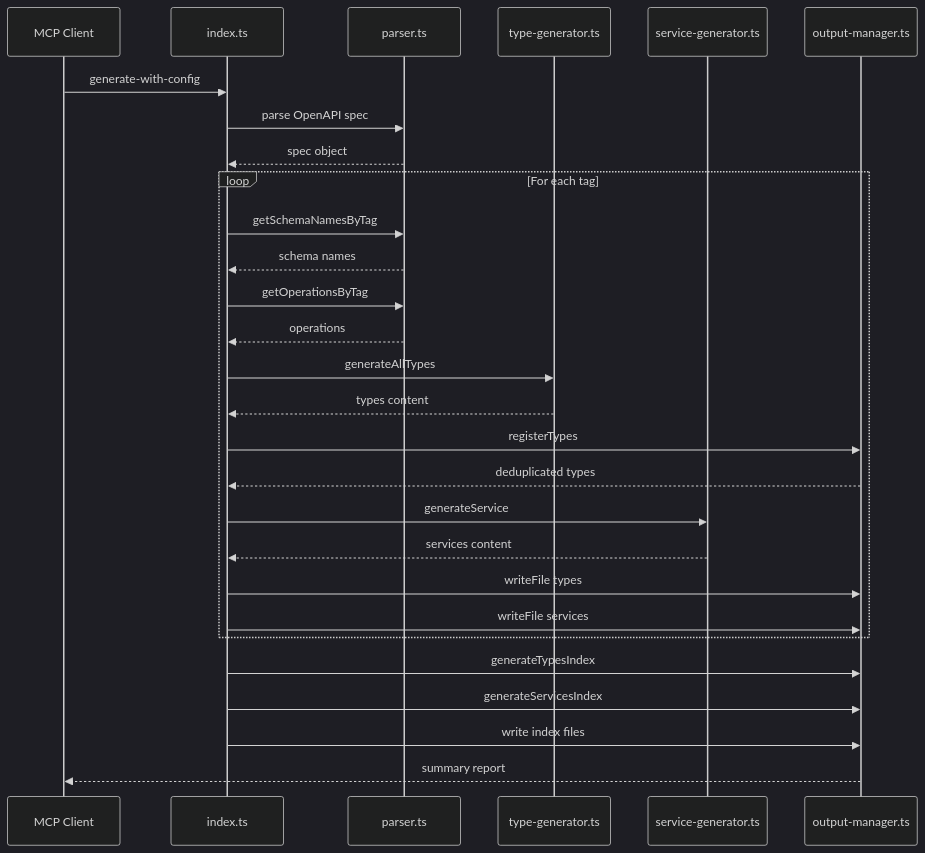
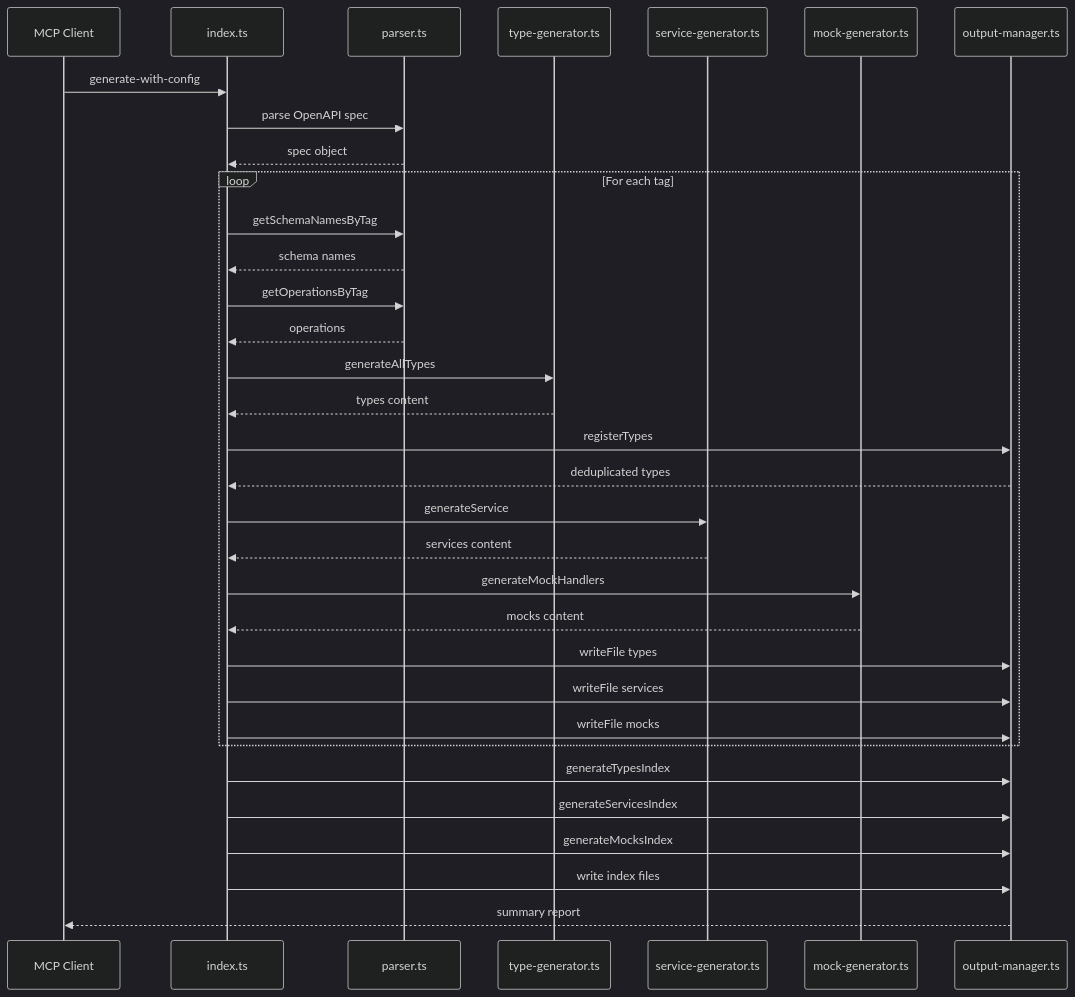
One commit to dianramdhani/openapi-mcp changed the second of 7 diagrams in ARCHITECTURE.md. Above: the diagram before and after it, drawn with Mermaid (dark theme). The commit also changed other lines of this file and 11 other files, not shown here.

````diff
--- a/ARCHITECTURE.md
+++ b/ARCHITECTURE.md
@@ -53,36 +61,42 @@
 ```mermaid
 sequenceDiagram
     participant Client as MCP Client
     participant Index as index.ts
     participant Parser as parser.ts
     participant TypeGen as type-generator.ts
     participant SvcGen as service-generator.ts
+    participant MockGen as mock-generator.ts
     participant Output as output-manager.ts
 
     Client->>Index: generate-with-config
     Index->>Parser: parse OpenAPI spec
     Parser-->>Index: spec object
     
     loop For each tag
         Index->>Parser: getSchemaNamesByTag
         Parser-->>Index: schema names
         Index->>Parser: getOperationsByTag
         Parser-->>Index: operations
         
         Index->>TypeGen: generateAllTypes
         TypeGen-->>Index: types content
         Index->>Output: registerTypes
         Output-->>Index: deduplicated types
         
         Index->>SvcGen: generateService
         SvcGen-->>Index: services content
         
+        Index->>MockGen: generateMockHandlers
+        MockGen-->>Index: mocks content
+        
         Index->>Output: writeFile types
         Index->>Output: writeFile services
+        Index->>Output: writeFile mocks
     end
     
     Index->>Output: generateTypesIndex
     Index->>Output: generateServicesIndex
+    Index->>Output: generateMocksIndex
     Index->>Output: write index files
     Output-->>Client: summary report
 ```
````
